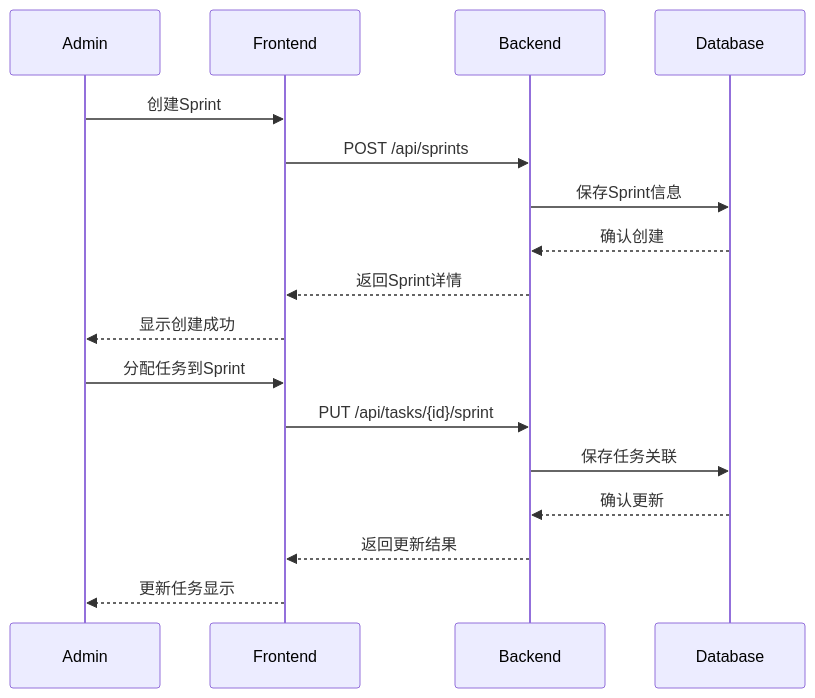
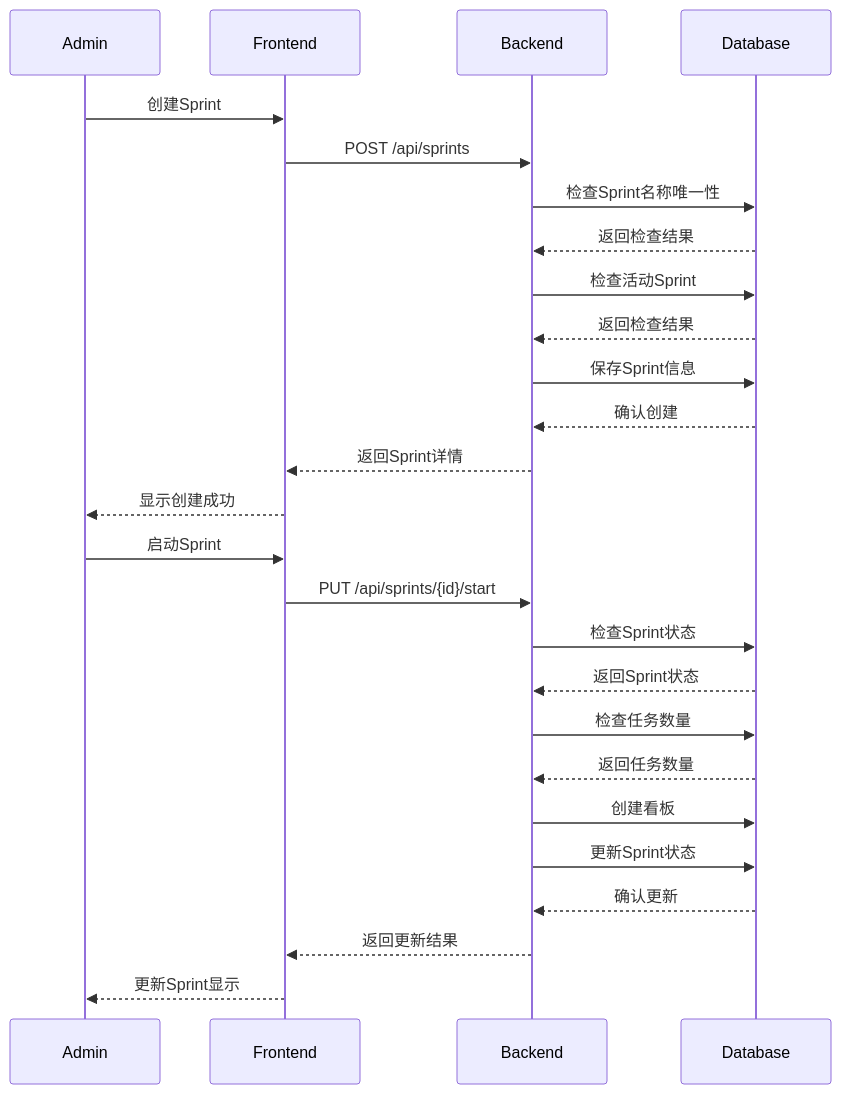
Before and after one commit to yorkdick/gira: the third of 4 diagrams in doc/design/basic-design/functional.md, drawn with Mermaid. The commit also changed other lines of this file and 44 other files, not shown here.

````diff
--- a/doc/design/basic-design/functional.md
+++ b/doc/design/basic-design/functional.md
@@ -78,21 +76,30 @@
 ```mermaid
 sequenceDiagram
     participant Admin
     participant Frontend
     participant Backend
     participant Database
     
     Admin->>Frontend: 创建Sprint
     Frontend->>Backend: POST /api/sprints
+    Backend->>Database: 检查Sprint名称唯一性
+    Database-->>Backend: 返回检查结果
+    Backend->>Database: 检查活动Sprint
+    Database-->>Backend: 返回检查结果
     Backend->>Database: 保存Sprint信息
     Database-->>Backend: 确认创建
     Backend-->>Frontend: 返回Sprint详情
     Frontend-->>Admin: 显示创建成功
     
-    Admin->>Frontend: 分配任务到Sprint
-    Frontend->>Backend: PUT /api/tasks/{id}/sprint
-    Backend->>Database: 保存任务关联
+    Admin->>Frontend: 启动Sprint
+    Frontend->>Backend: PUT /api/sprints/{id}/start
+    Backend->>Database: 检查Sprint状态
+    Database-->>Backend: 返回Sprint状态
+    Backend->>Database: 检查任务数量
+    Database-->>Backend: 返回任务数量
+    Backend->>Database: 创建看板
+    Backend->>Database: 更新Sprint状态
     Database-->>Backend: 确认更新
     Backend-->>Frontend: 返回更新结果
-    Frontend-->>Admin: 更新任务显示
+    Frontend-->>Admin: 更新Sprint显示
 ```
````
